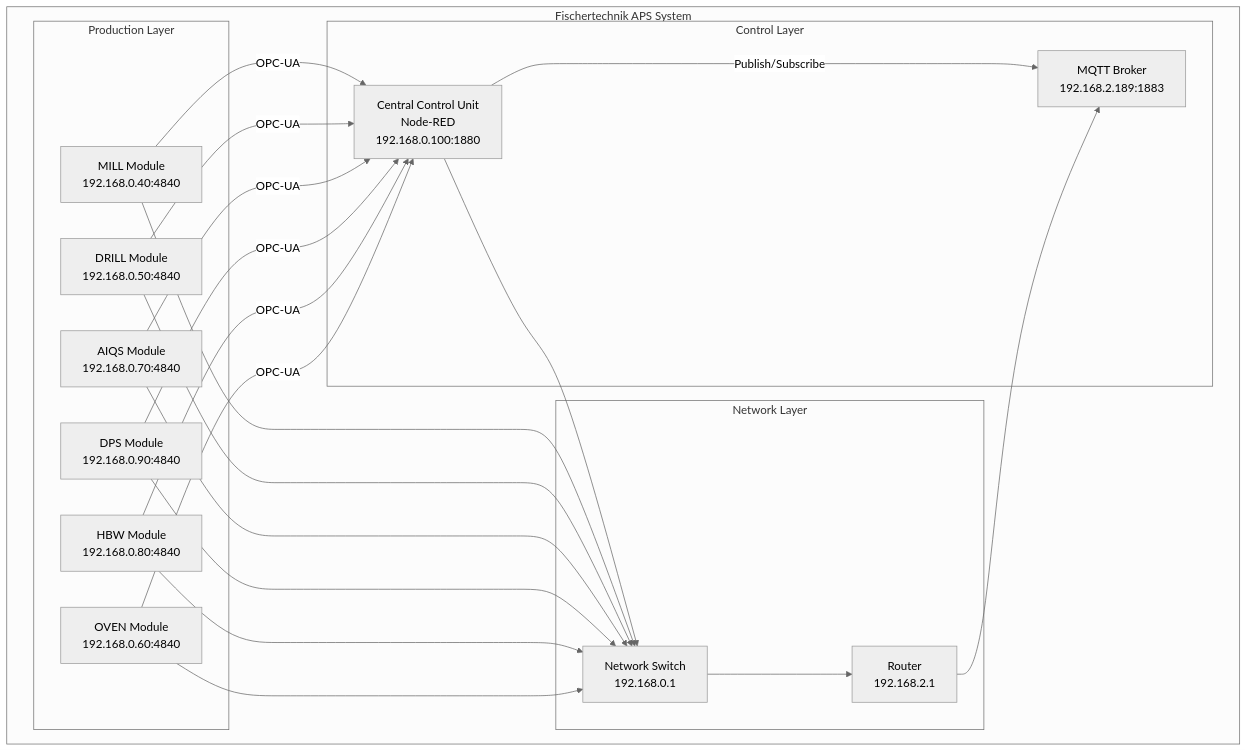
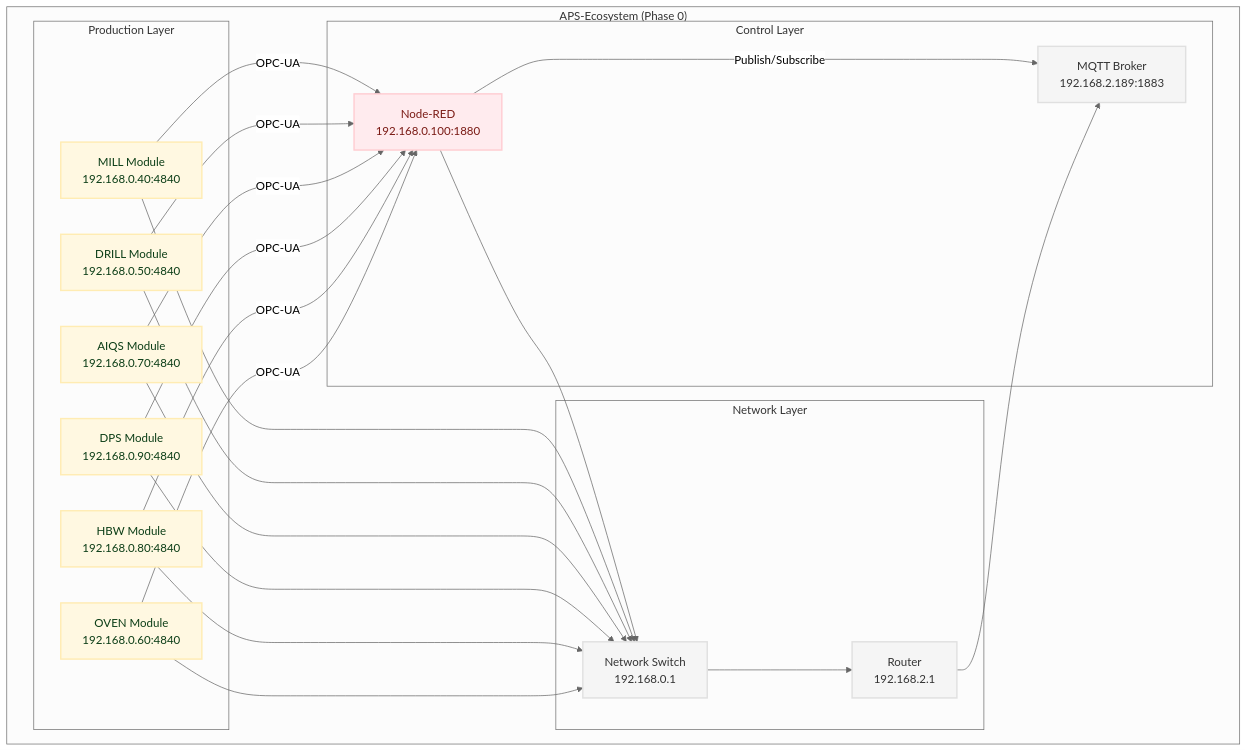
The first of 2 diagrams in docs/06-integrations/APS-NodeRED/README.md (OliverBerger-ORBIS/ORBIS-Modellfabrik), drawn with Mermaid (neutral theme) before and after one commit. The commit also changed other lines of this file and 34 other files, not shown here.

````diff
--- a/docs/06-integrations/APS-NodeRED/README.md
+++ b/docs/06-integrations/APS-NodeRED/README.md
@@ -8,46 +8,54 @@
 ```mermaid
 graph TB
-    subgraph "Fischertechnik APS System"
+    subgraph "APS-Ecosystem (Phase 0)"
         subgraph "Production Layer"
-            MILL[MILL Module<br/>192.168.0.40:4840]
-            DRILL[DRILL Module<br/>192.168.0.50:4840]
-            AIQS[AIQS Module<br/>192.168.0.70:4840]
-            DPS[DPS Module<br/>192.168.0.90:4840]
-            HBW[HBW Module<br/>192.168.0.80:4840]
-            OVEN[OVEN Module<br/>192.168.0.60:4840]
+            MILL["MILL Module<br/>192.168.0.40:4840"]
+            DRILL["DRILL Module<br/>192.168.0.50:4840"]
+            AIQS["AIQS Module<br/>192.168.0.70:4840"]
+            DPS["DPS Module<br/>192.168.0.90:4840"]
+            HBW["HBW Module<br/>192.168.0.80:4840"]
+            OVEN["OVEN Module<br/>192.168.0.60:4840"]
         end
 
         subgraph "Control Layer"
-            CCU[Central Control Unit<br/>Node-RED<br/>192.168.0.100:1880]
-            MQTT[MQTT Broker<br/>192.168.2.189:1883]
+            NODERED["Node-RED<br/>192.168.0.100:1880"]
+            MQTT["MQTT Broker<br/>192.168.2.189:1883"]
         end
 
         subgraph "Network Layer"
-            SWITCH[Network Switch<br/>192.168.0.1]
-            ROUTER[Router<br/>192.168.2.1]
+            SWITCH["Network Switch<br/>192.168.0.1"]
+            ROUTER["Router<br/>192.168.2.1"]
         end
     end
 
     %% Production to Control
-    MILL -->|OPC-UA| CCU
-    DRILL -->|OPC-UA| CCU
-    AIQS -->|OPC-UA| CCU
-    DPS -->|OPC-UA| CCU
-    HBW -->|OPC-UA| CCU
-    OVEN -->|OPC-UA| CCU
+    MILL -->|OPC-UA| NODERED
+    DRILL -->|OPC-UA| NODERED
+    AIQS -->|OPC-UA| NODERED
+    DPS -->|OPC-UA| NODERED
+    HBW -->|OPC-UA| NODERED
+    OVEN -->|OPC-UA| NODERED
 
     %% Control to MQTT
-    CCU -->|Publish/Subscribe| MQTT
+    NODERED -->|Publish/Subscribe| MQTT
 
     %% Network connections
-    CCU --> SWITCH
+    NODERED --> SWITCH
     MILL --> SWITCH
     DRILL --> SWITCH
     AIQS --> SWITCH
     DPS --> SWITCH
     HBW --> SWITCH
     OVEN --> SWITCH
 
     SWITCH --> ROUTER
     ROUTER --> MQTT
+
+    classDef fthardware fill:#fff8e1,stroke:#ffecb3,stroke-width:2px,color:#0b3d16
+    classDef ftsoftware fill:#ffebee,stroke:#ffcdd2,stroke-width:2px,color:#7a1a14
+    classDef external fill:#f5f5f5,stroke:#e0e0e0,stroke-width:2px,color:#333
+
+    class MILL,DRILL,AIQS,DPS,HBW,OVEN fthardware
+    class NODERED ftsoftware
+    class MQTT,SWITCH,ROUTER external
 ```
````
